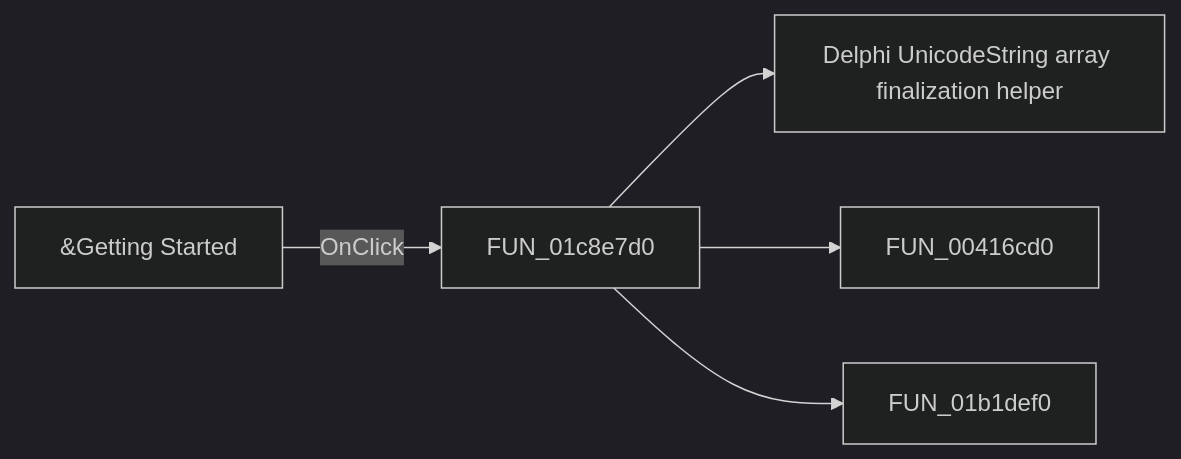
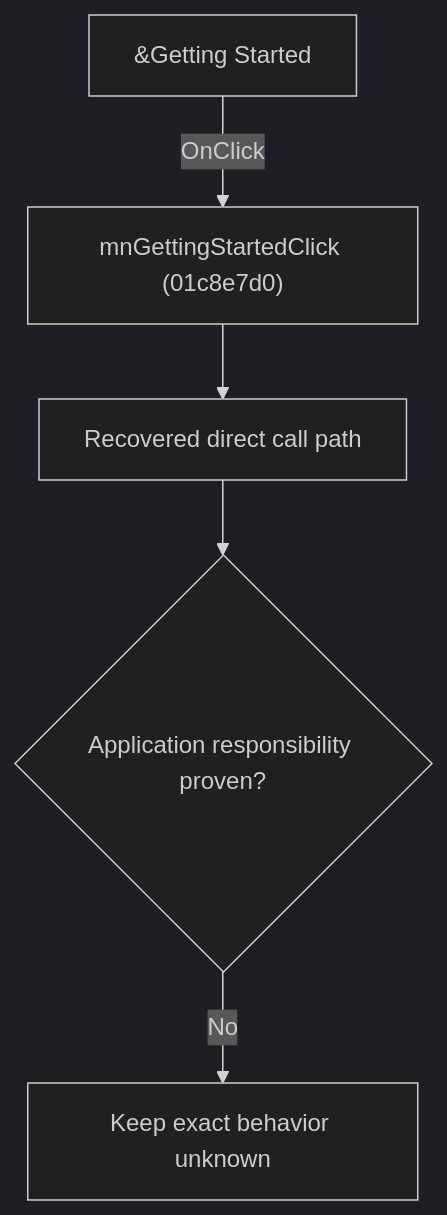
The diagram in docs/ui-controls/schematiceditor/mngettingstarted-e68788da50.md (MovGP0/TIARA), drawn with Mermaid (dark theme) before and after one commit. The commit also changed other lines of this file and 1062 other files, not shown here.

````diff
--- a/docs/ui-controls/schematiceditor/mngettingstarted-e68788da50.md
+++ b/docs/ui-controls/schematiceditor/mngettingstarted-e68788da50.md
@@ -27,7 +27,7 @@
 ```mermaid
-flowchart LR
-    control["&Getting Started"] -->|OnClick| handler["FUN_01c8e7d0"]
-    handler --> call1["Delphi UnicodeString array finalization helper"]
-    handler --> call2["FUN_00416cd0"]
-    handler --> call3["FUN_01b1def0"]
+flowchart TD
+    control["&Getting Started"] -->|"OnClick"| handler["mnGettingStartedClick (01c8e7d0)"]
+    handler --> recovered["Recovered direct call path"]
+    recovered --> gap{"Application responsibility proven?"}
+    gap -->|"No"| blocked["Keep exact behavior unknown"]
 ```
````
